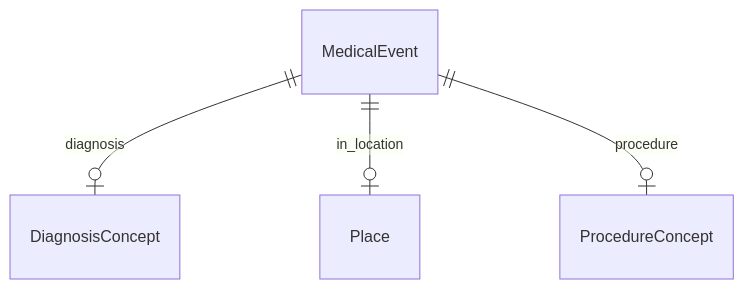
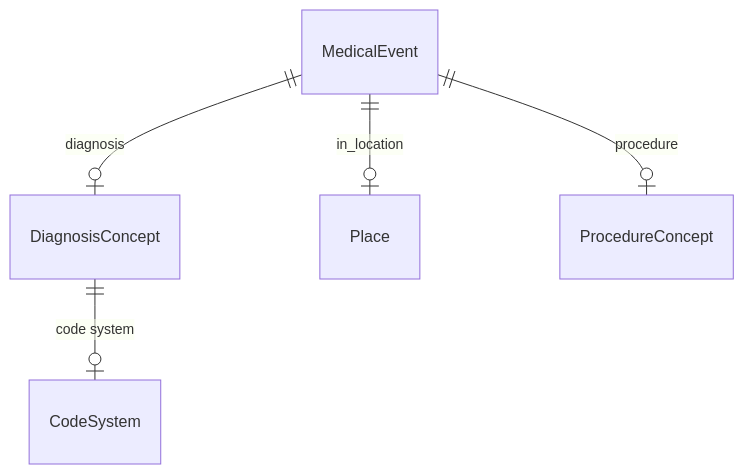
The sixth of 23 diagrams in tests/linkml/test_generators/__snapshots__/personinfo.md (linkml/linkml), drawn with Mermaid before and after one commit. The commit also changed other lines of this file, not shown here.

````diff
--- a/tests/linkml/test_generators/__snapshots__/personinfo.md
+++ b/tests/linkml/test_generators/__snapshots__/personinfo.md
@@ -250,14 +279,18 @@
 ```mermaid
 erDiagram
+CodeSystem {
+
+}
 DiagnosisConcept {
 
 }
 MedicalEvent {
 
 }
 
+DiagnosisConcept ||--|o CodeSystem : "code system"
 MedicalEvent ||--|o DiagnosisConcept : "diagnosis"
 MedicalEvent ||--|o Place : "in_location"
 MedicalEvent ||--|o ProcedureConcept : "procedure"
 
 ```
````
